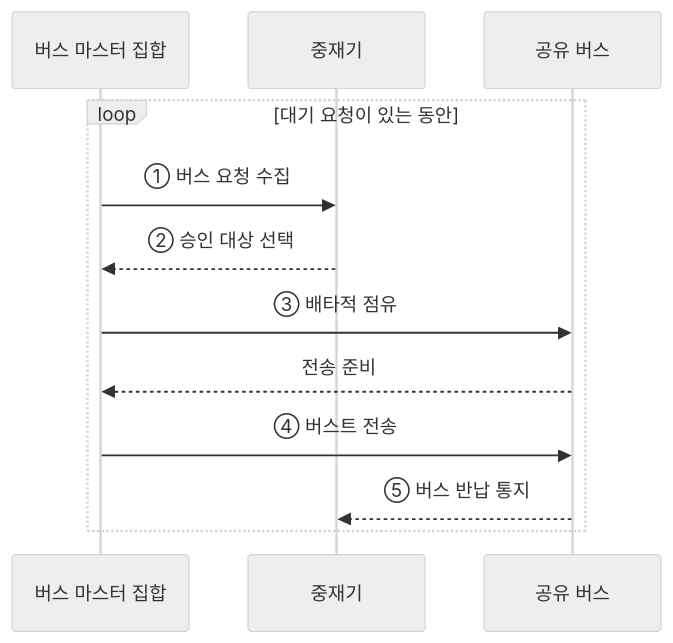
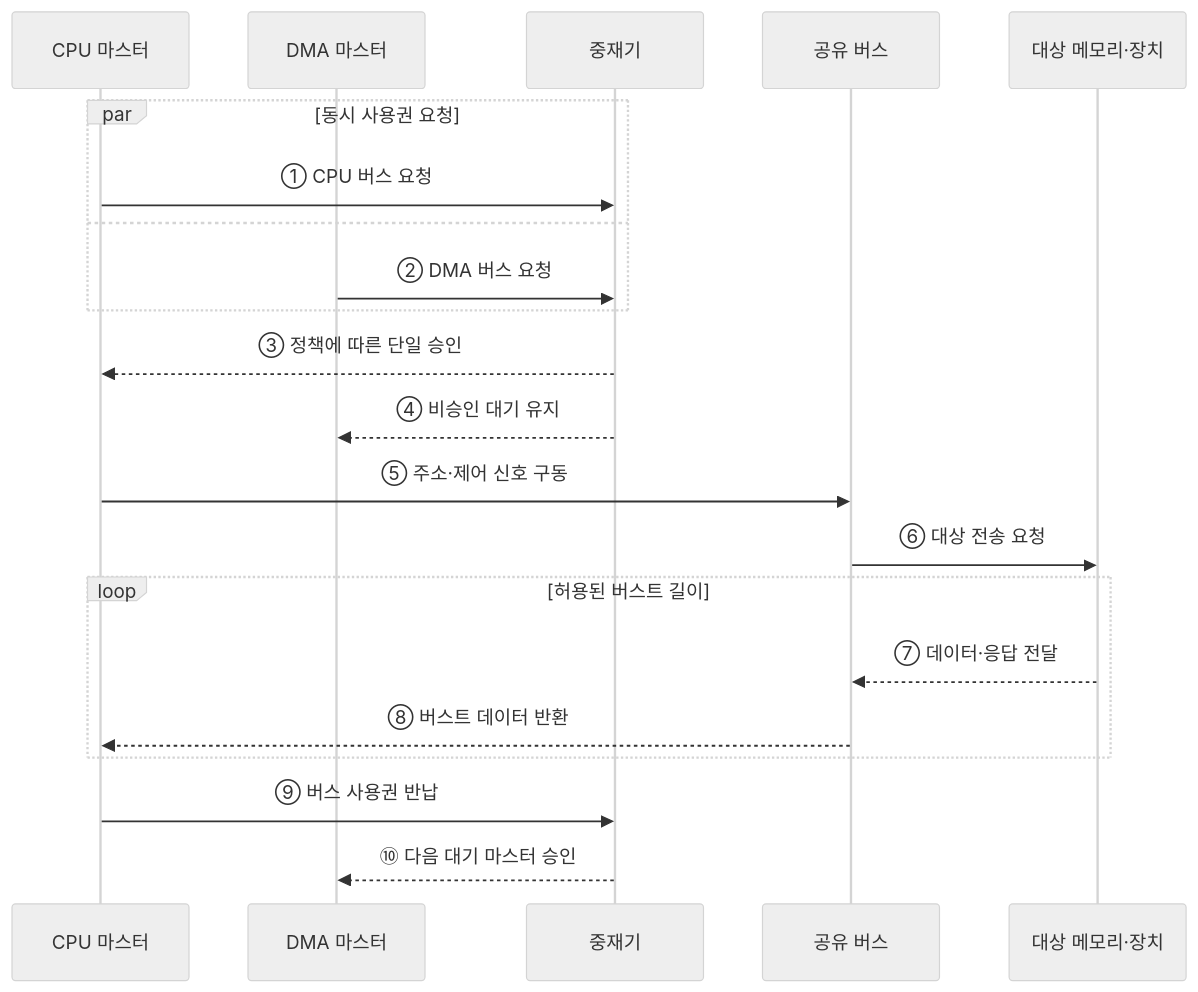
One commit to agnusdei1207/knowledge-base changed the second of 2 diagrams in src/content/docs/notes/02-hardware/036_bus_arbitration.md. Above: the diagram before and after it, drawn with Mermaid (neutral theme). The commit also changed other lines of this file and 20 other files, not shown here.

````diff
--- a/src/content/docs/notes/02-hardware/036_bus_arbitration.md
+++ b/src/content/docs/notes/02-hardware/036_bus_arbitration.md
@@ -82,14 +82,23 @@
 ```mermaid
 sequenceDiagram
-    participant M as 버스 마스터 집합
+    participant C as CPU 마스터
+    participant D as DMA 마스터
     participant A as 중재기
     participant B as 공유 버스
-    loop 대기 요청이 있는 동안
-        M->>A: ① 버스 요청 수집
-        A-->>M: ② 승인 대상 선택
-        M->>B: ③ 배타적 점유
-        B-->>M: 전송 준비
-        M->>B: ④ 버스트 전송
-        B-->>A: ⑤ 버스 반납 통지
+    participant T as 대상 메모리·장치
+    par 동시 사용권 요청
+        C->>A: ① CPU 버스 요청
+    and
+        D->>A: ② DMA 버스 요청
     end
+    A-->>C: ③ 정책에 따른 단일 승인
+    A-->>D: ④ 비승인 대기 유지
+    C->>B: ⑤ 주소·제어 신호 구동
+    B->>T: ⑥ 대상 전송 요청
+    loop 허용된 버스트 길이
+        T-->>B: ⑦ 데이터·응답 전달
+        B-->>C: ⑧ 버스트 데이터 반환
+    end
+    C->>A: ⑨ 버스 사용권 반납
+    A-->>D: ⑩ 다음 대기 마스터 승인
 ```
````
